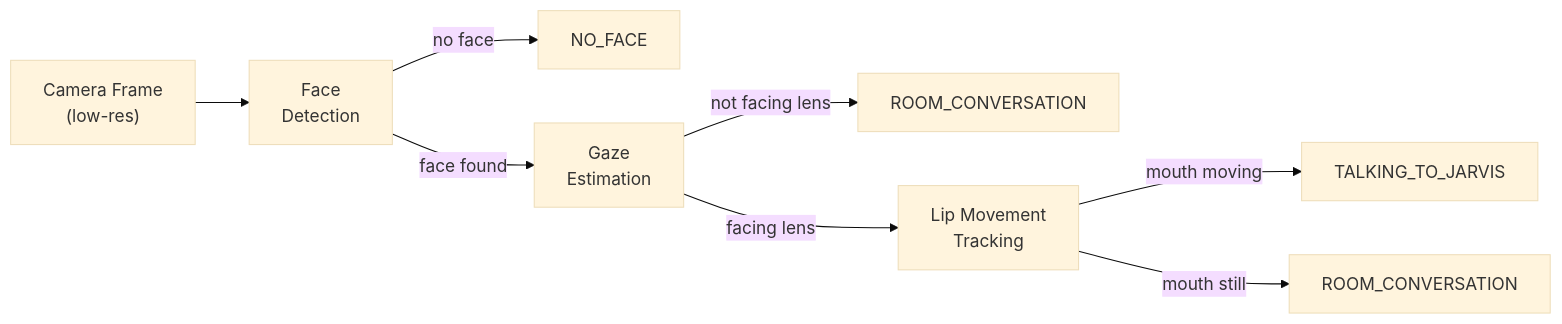
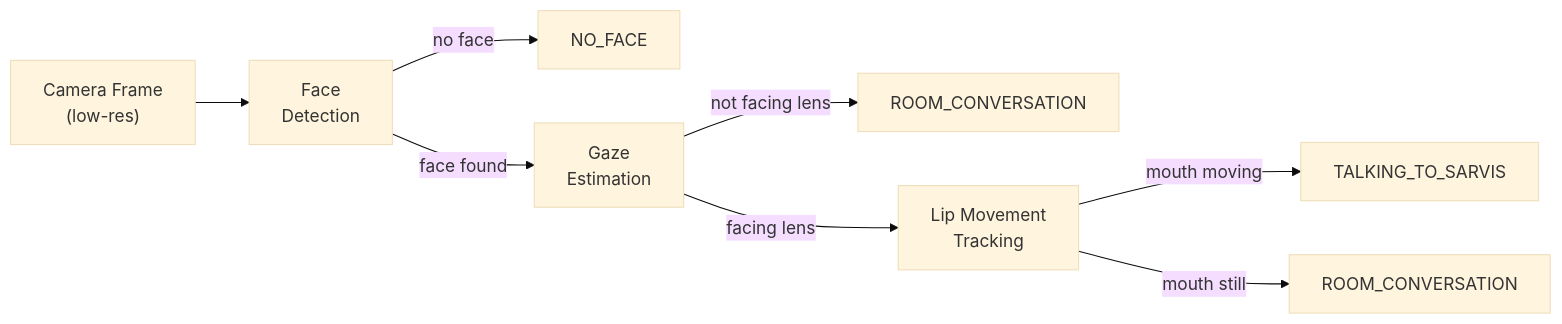
The sixth of 7 diagrams in docs/architecture.md (Damamamamam/SARVIS), drawn with Mermaid (base theme) before and after one commit. The commit also changed other lines of this file and 86 other files, not shown here.

````diff
--- a/docs/architecture.md
+++ b/docs/architecture.md
@@ -217,10 +217,10 @@
 ```mermaid
 flowchart LR
     FRAME["Camera Frame\n(low-res)"] --> FACE["Face\nDetection"]
     FACE -->|no face| NF["NO_FACE"]
     FACE -->|face found| GAZE["Gaze\nEstimation"]
     GAZE -->|not facing lens| RC["ROOM_CONVERSATION"]
     GAZE -->|facing lens| LIP["Lip Movement\nTracking"]
-    LIP -->|mouth moving| TJ["TALKING_TO_JARVIS"]
+    LIP -->|mouth moving| TJ["TALKING_TO_SARVIS"]
     LIP -->|mouth still| RC2["ROOM_CONVERSATION"]
 ```
````
